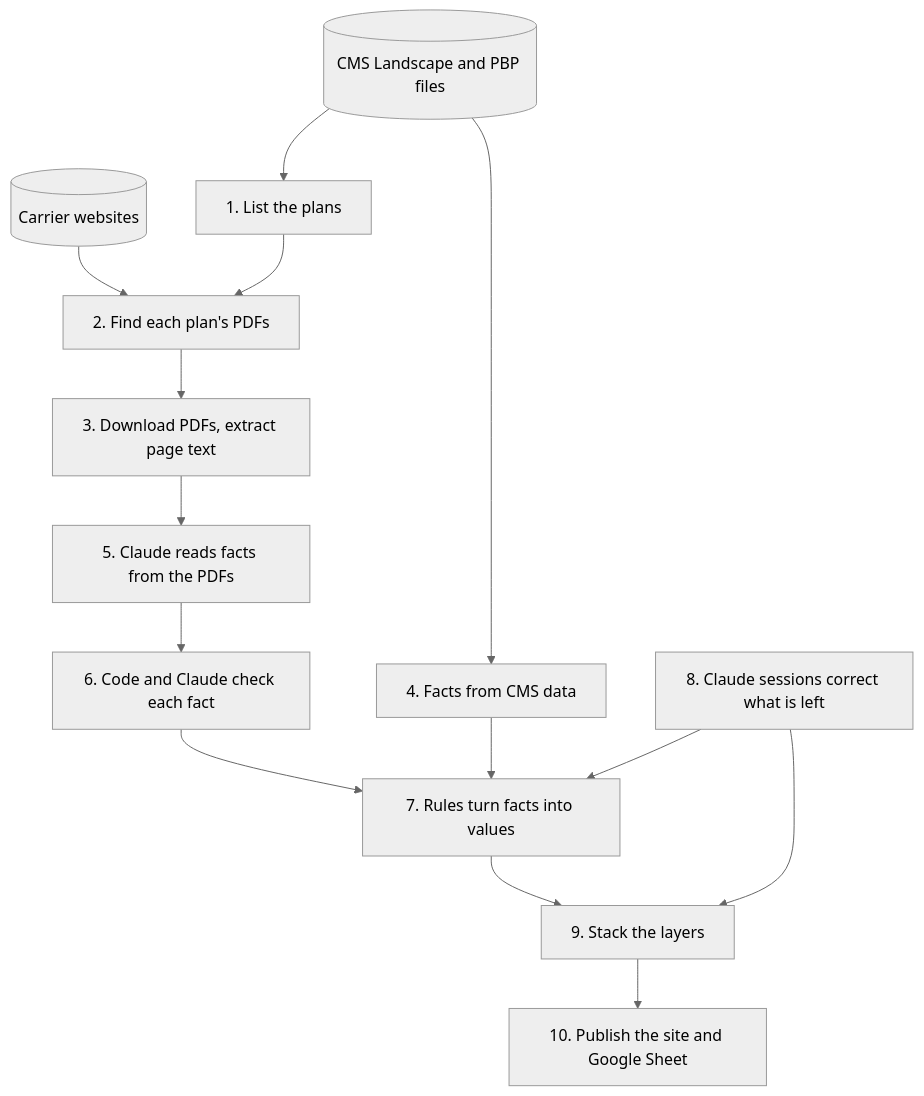
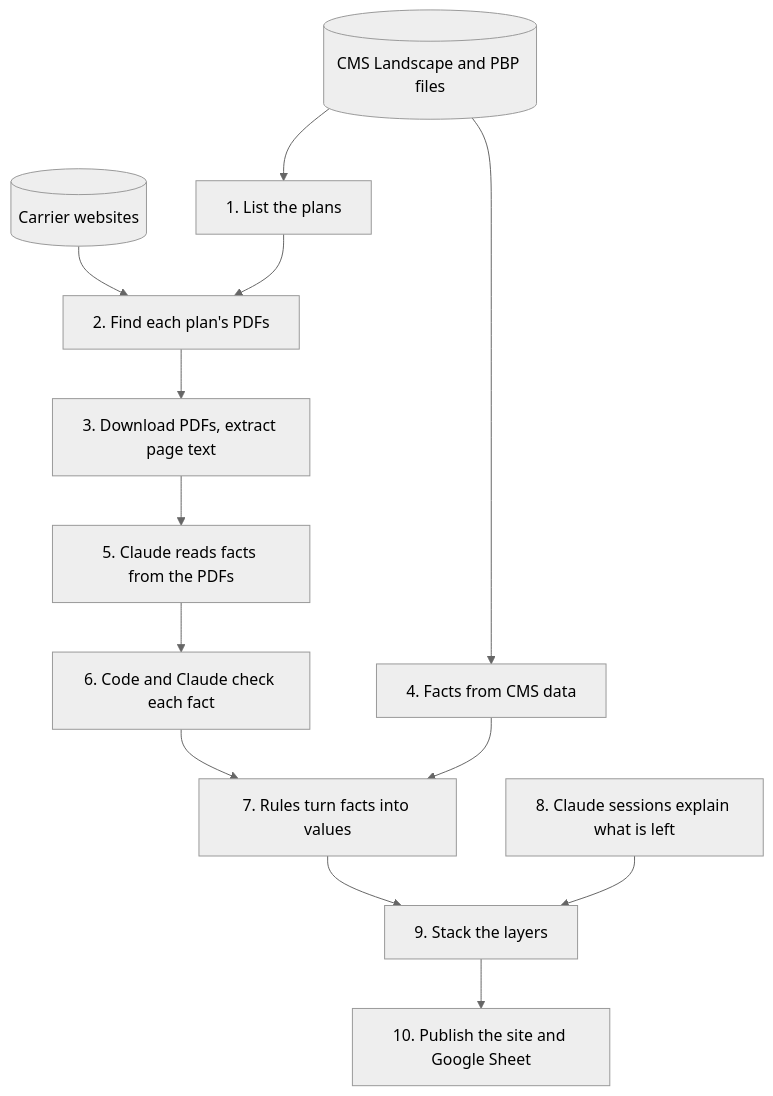
One commit to rosenhouse-bot-sandbox/shiba-data changed the diagram in docs/pipeline.md. Above: the diagram before and after it, drawn with Mermaid (neutral theme). The commit also changed other lines of this file and 181 other files, not shown here.

````diff
--- a/docs/pipeline.md
+++ b/docs/pipeline.md
@@ -46,16 +46,15 @@
 ```mermaid
 flowchart TD
   cms[(CMS Landscape and PBP files)] --> plans[1. List the plans]
   carriers[(Carrier websites)] --> find[2. Find each plan's PDFs]
   plans --> find
   find --> text[3. Download PDFs, extract page text]
   cms --> cmsfacts[4. Facts from CMS data]
   text --> read[5. Claude reads facts from the PDFs]
   read --> check[6. Code and Claude check each fact]
   check --> present[7. Rules turn facts into values]
   cmsfacts --> present
   present --> stack[9. Stack the layers]
-  fix[8. Claude sessions correct what is left] --> present
-  fix --> stack
+  fix[8. Claude sessions explain what is left] --> stack
   stack --> publish[10. Publish the site and Google Sheet]
 ```
````
